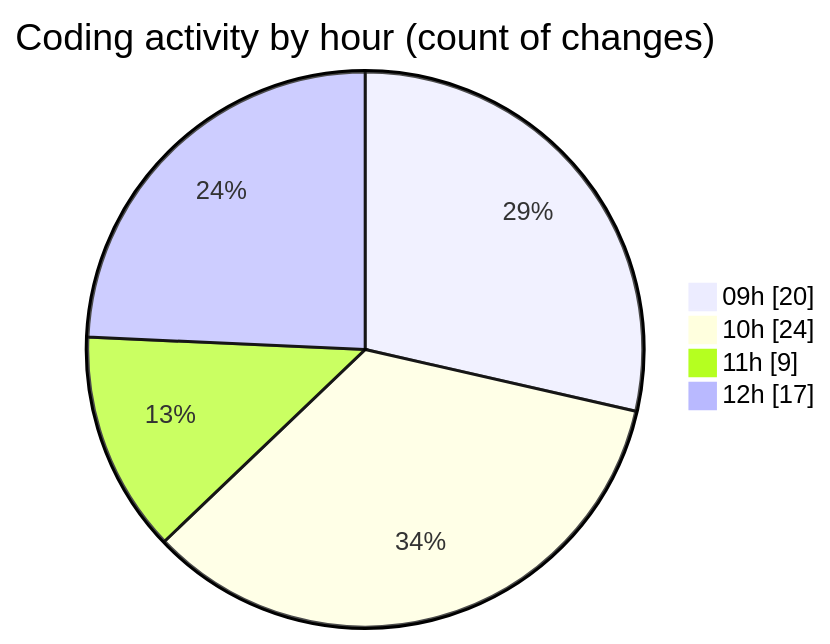
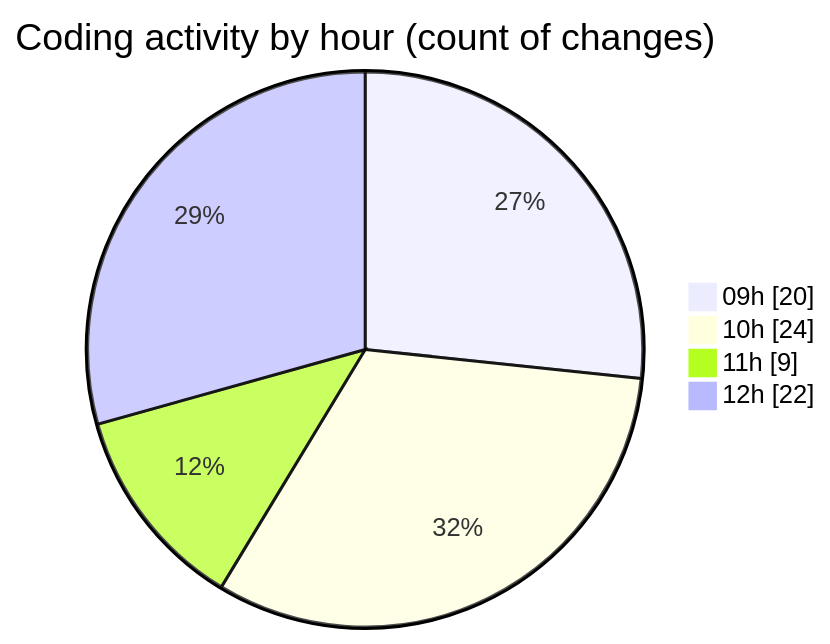
The second of 2 diagrams in 2025-05-19/cda/README.md (momahboobian/code-tracking), drawn with Mermaid before and after one commit. The commit also changed other lines of this file and 1 other file, not shown here.

````diff
--- a/2025-05-19/cda/README.md
+++ b/2025-05-19/cda/README.md
@@ -39,8 +39,8 @@
 ```mermaid
 pie showData
 title Coding activity by hour (count of changes)
 "09h" : 20
 "10h" : 24
 "11h" : 9
-"12h" : 17
+"12h" : 22
 ```
````
